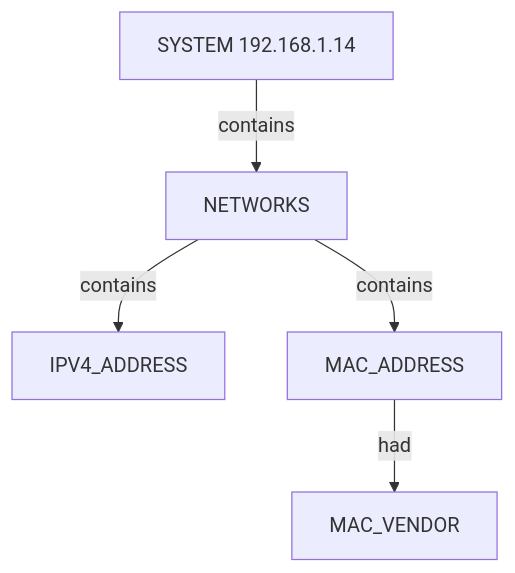
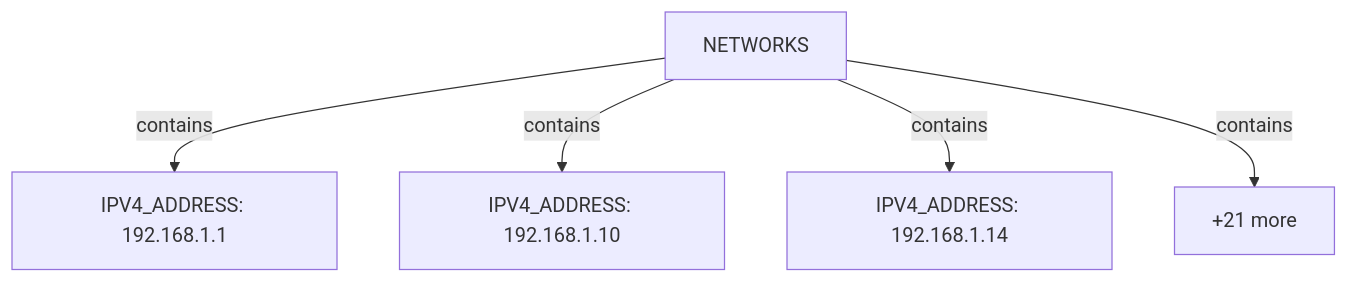
The third of 3 diagrams in .docs/docs-for-cli-tools/nugget_structure/netdiscover_local_subnet_active_parsable_proposed_nuggets_edges_description.md (brettforbes/spiderfeet), drawn with Mermaid before and after one commit. The commit also changed other lines of this file and 31 other files, not shown here.

````diff
--- a/.docs/docs-for-cli-tools/nugget_structure/netdiscover_local_subnet_active_parsable_proposed_nuggets_edges_description.md
+++ b/.docs/docs-for-cli-tools/nugget_structure/netdiscover_local_subnet_active_parsable_proposed_nuggets_edges_description.md
@@ -103,12 +55,12 @@
 ```mermaid
 flowchart TD
-  system["SYSTEM 192.168.1.14"]
-  nets["NETWORKS"]
-  system -->|contains| nets
-  ip["IPV4_ADDRESS"]
-  nets -->|contains| ip
-  mac["MAC_ADDRESS"]
-  nets -->|contains| mac
-  vendor["MAC_VENDOR"]
-  mac -->|had| vendor
+  networks_1["NETWORKS"]
+  ipv4_address_2["IPV4_ADDRESS: 192.168.1.1"]
+  networks_1 -->|contains| ipv4_address_2
+  ipv4_address_3["IPV4_ADDRESS: 192.168.1.10"]
+  networks_1 -->|contains| ipv4_address_3
+  ipv4_address_4["IPV4_ADDRESS: 192.168.1.14"]
+  networks_1 -->|contains| ipv4_address_4
+  more_5["+21 more"]
+  networks_1 -->|contains| more_5
 ```
````
